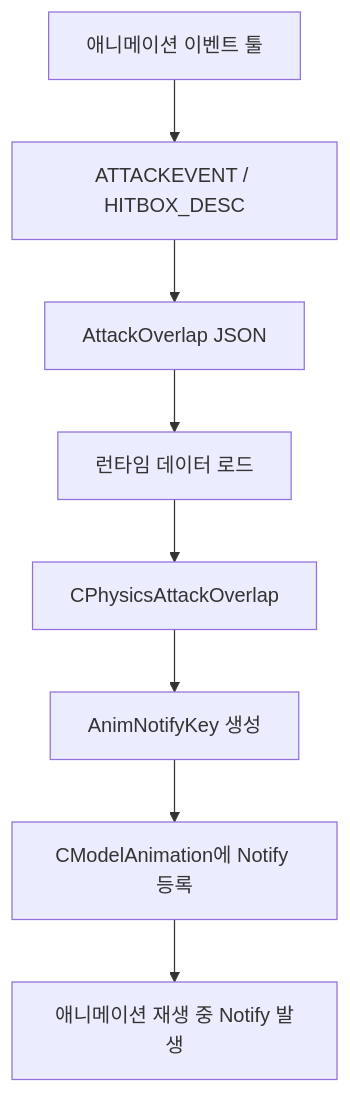
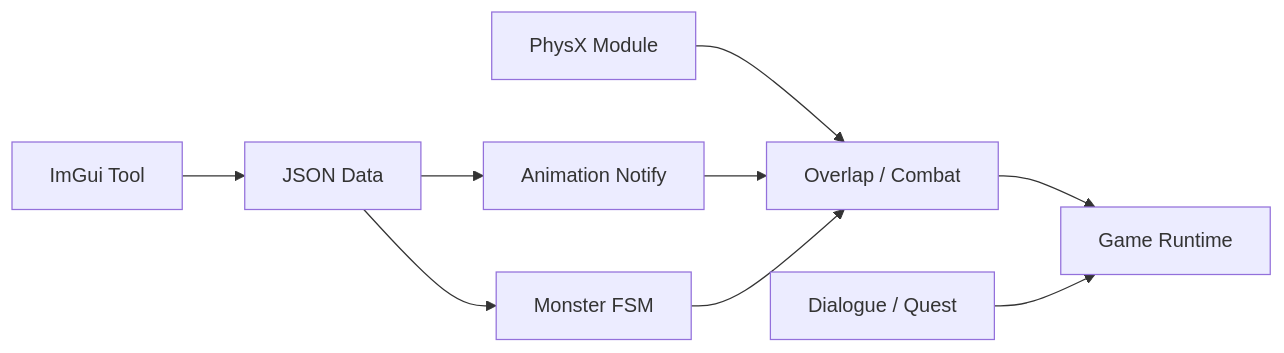
One commit to Jaehyeok-Soh/Jaehyeok-Soh.github.io changed the diagram in _portfolio/duet-night-abyss-recreate.md. Above: the diagram before and after it, drawn with Mermaid. The commit also changed other lines of this file and 13 other files, not shown here.

````diff
--- a/_portfolio/duet-night-abyss-recreate.md
+++ b/_portfolio/duet-night-abyss-recreate.md
@@ -352,19 +61,20 @@
 ```mermaid
-flowchart TD
-	A["애니메이션 이벤트 툴"]
-	B["ATTACKEVENT / HITBOX_DESC"]
-	C["AttackOverlap JSON"]
-	D["런타임 데이터 로드"]
-	E["CPhysicsAttackOverlap"]
-	F["AnimNotifyKey 생성"]
-	G["CModelAnimation에 Notify 등록"]
-	H["애니메이션 재생 중 Notify 발생"]
-	
-	A --> B
-	B --> C
-	C --> D
-	D --> E
-	E --> F
-	F --> G
-	G --> H
+flowchart LR
+    Tool["ImGui Tool"]
+    Data["JSON Data"]
+    Physics["PhysX Module"]
+    Animation["Animation Notify"]
+    FSM["Monster FSM"]
+    Combat["Overlap / Combat"]
+    Content["Dialogue / Quest"]
+    Runtime["Game Runtime"]
+
+    Tool --> Data
+    Data --> Animation
+    Data --> FSM
+    Physics --> Combat
+    Animation --> Combat
+    FSM --> Combat
+    Combat --> Runtime
+    Content --> Runtime
 ```
````
